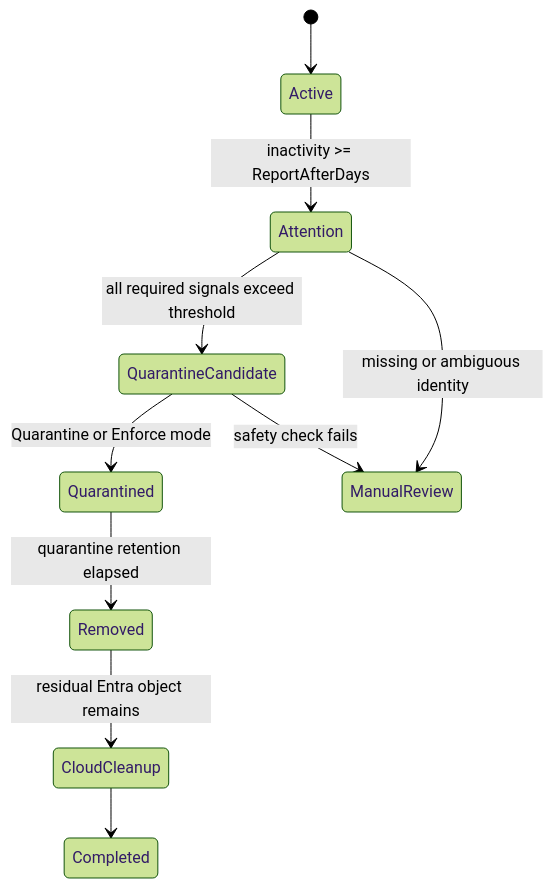
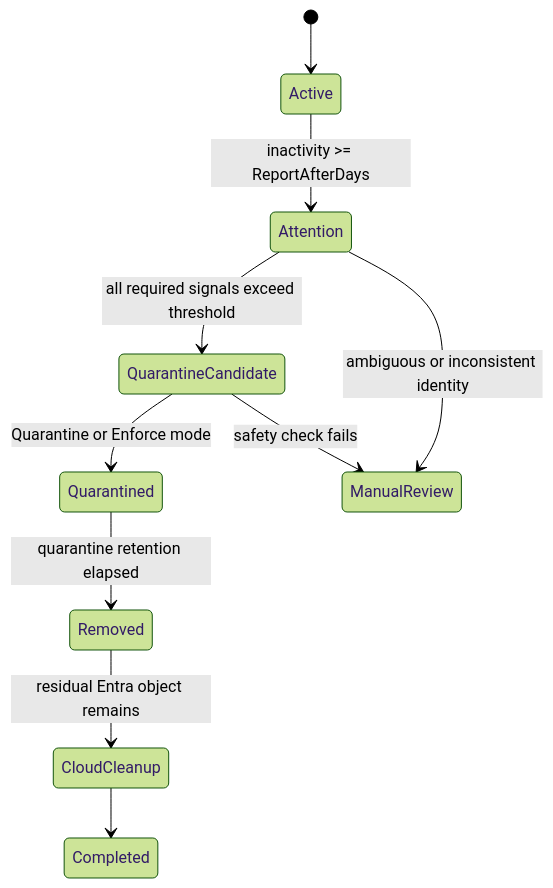
Before and after one commit to diogowermann/DeviceLifecycle: the third of 3 diagrams in README.md, drawn with Mermaid (forest theme). The commit also changed other lines of this file and 8 other files, not shown here.

````diff
--- a/README.md
+++ b/README.md
@@ -78,13 +78,13 @@
 ```mermaid
 stateDiagram-v2
     [*] --> Active
     Active --> Attention: inactivity >= ReportAfterDays
     Attention --> QuarantineCandidate: all required signals exceed threshold
     QuarantineCandidate --> Quarantined: Quarantine or Enforce mode
     Quarantined --> Removed: quarantine retention elapsed
     Removed --> CloudCleanup: residual Entra object remains
     CloudCleanup --> Completed
 
-    Attention --> ManualReview: missing or ambiguous identity
+    Attention --> ManualReview: ambiguous or inconsistent identity
     QuarantineCandidate --> ManualReview: safety check fails
 ```
````
